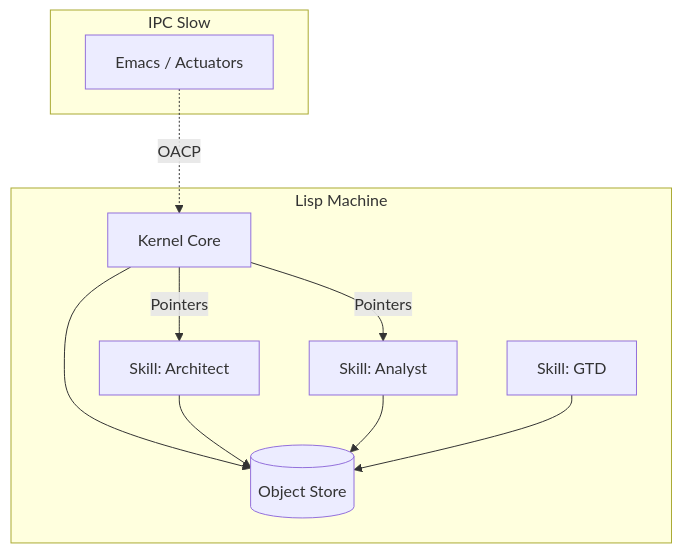
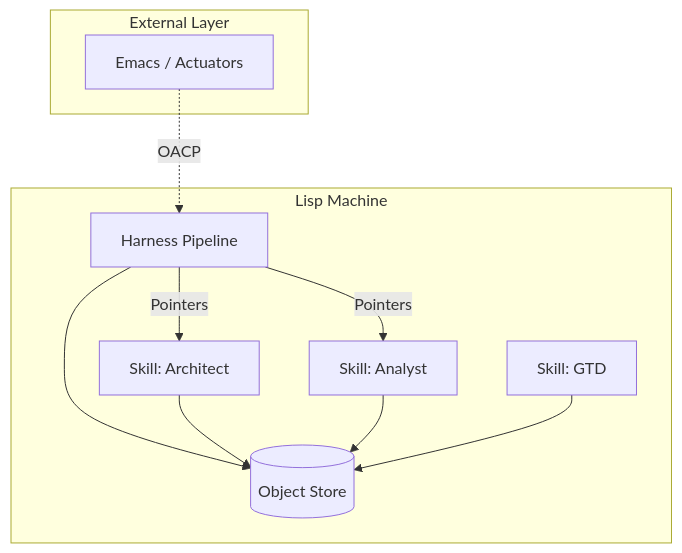
The diagram in literate/object-store.org (amrgharbeia/opencortex), drawn with Mermaid before and after one commit. The commit also changed other lines of this file, not shown here.

Commit message:
docs: revamp object-store.org with utilitarian terminology and modernized diagrams

```diff
--- a/literate/object-store.org
+++ b/literate/object-store.org
@@ -14,14 +16,14 @@
 #+begin_src mermaid
-graph TD
+flowchart TD
     subgraph LispMachine[Lisp Machine]
-        K[Kernel Core] --> OS[(Object Store)]
+        H[Harness Pipeline] --> OS[(Object Store)]
         S1[Skill: Architect] --> OS
         S2[Skill: Analyst] --> OS
         S3[Skill: GTD] --> OS
-        K -- Pointers --> S1
-        K -- Pointers --> S2
+        H -- Pointers --> S1
+        H -- Pointers --> S2
     end
-    subgraph IPCSlow[IPC Slow]
-        E[Emacs / Actuators] -. OACP .-> K
+    subgraph IPCSlow[External Layer]
+        E[Emacs / Actuators] -. OACP .-> H
     end
 #+end_src
```
